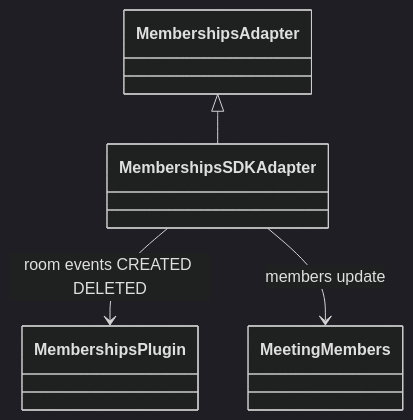
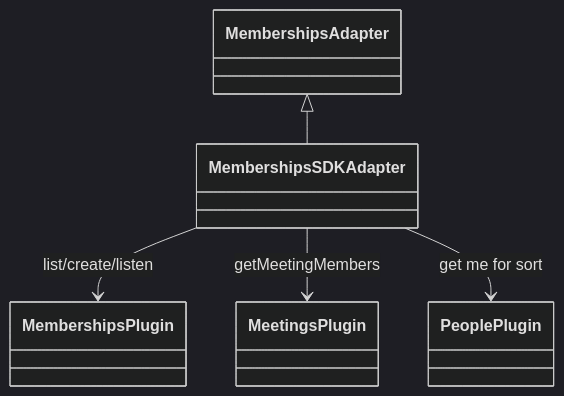
The fifth of 5 diagrams in src/ai-docs/memberships-sdk-adapter-spec.md (webex/sdk-component-adapter), drawn with Mermaid (dark theme) before and after one commit. The commit also changed other lines of this file and 13 other files, not shown here.

````diff
--- a/src/ai-docs/memberships-sdk-adapter-spec.md
+++ b/src/ai-docs/memberships-sdk-adapter-spec.md
@@ -149,6 +181,7 @@
 ```mermaid
 classDiagram
   MembershipsAdapter <|-- MembershipsSDKAdapter
-  MembershipsSDKAdapter --> MembershipsPlugin : room events CREATED DELETED
-  MembershipsSDKAdapter --> MeetingMembers : members update
+  MembershipsSDKAdapter --> MembershipsPlugin : list/create/listen
+  MembershipsSDKAdapter --> MeetingsPlugin : getMeetingMembers
+  MembershipsSDKAdapter --> PeoplePlugin : get me for sort
 ```
````
